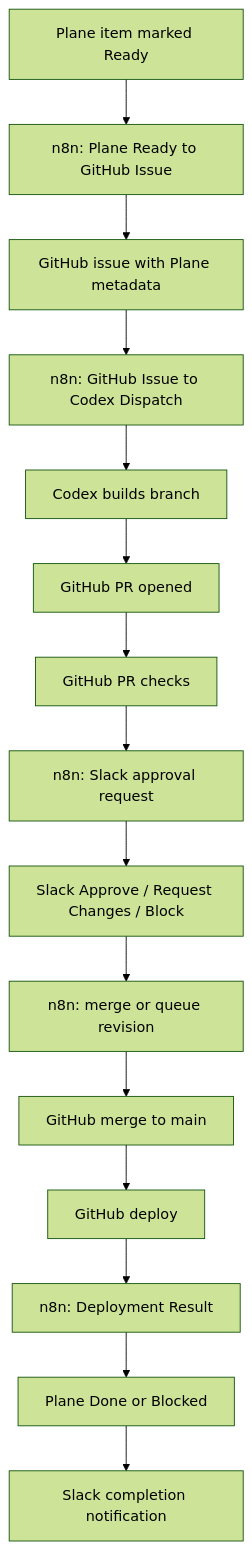
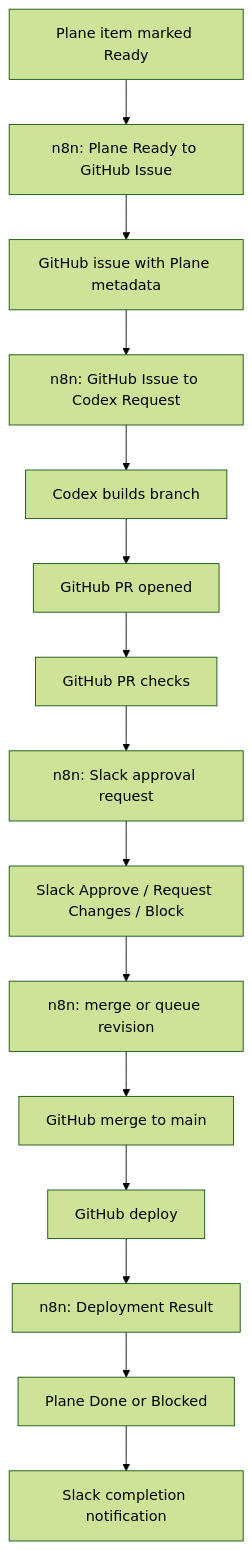
One commit to choicedrum-crypto/agentic-buildout-starter changed the diagram in docs/agentic-workflow-implementation-plan.md. Above: the diagram before and after it, drawn with Mermaid (forest theme). The commit also changed other lines of this file and 7 other files, not shown here.

Commit message:
refactor: request codex through github comments

````diff
--- a/docs/agentic-workflow-implementation-plan.md
+++ b/docs/agentic-workflow-implementation-plan.md
@@ -93,17 +93,17 @@
 ```mermaid
 flowchart TD
   A["Plane item marked Ready"] --> B["n8n: Plane Ready to GitHub Issue"]
   B --> C["GitHub issue with Plane metadata"]
-  C --> D["n8n: GitHub Issue to Codex Dispatch"]
+  C --> D["n8n: GitHub Issue to Codex Request"]
   D --> E["Codex builds branch"]
   E --> F["GitHub PR opened"]
   F --> G["GitHub PR checks"]
   G --> H["n8n: Slack approval request"]
   H --> I["Slack Approve / Request Changes / Block"]
   I --> J["n8n: merge or queue revision"]
   J --> K["GitHub merge to main"]
   K --> L["GitHub deploy"]
   L --> M["n8n: Deployment Result"]
   M --> N["Plane Done or Blocked"]
   N --> O["Slack completion notification"]
 ```
````
